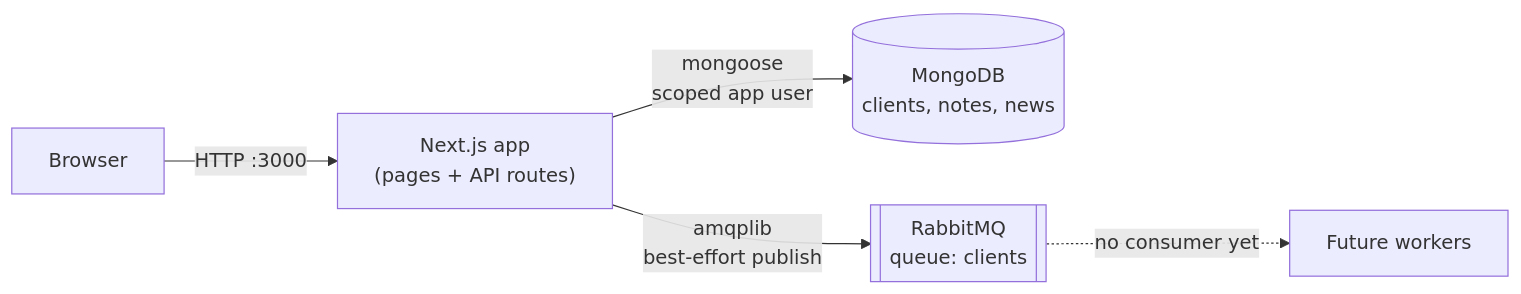
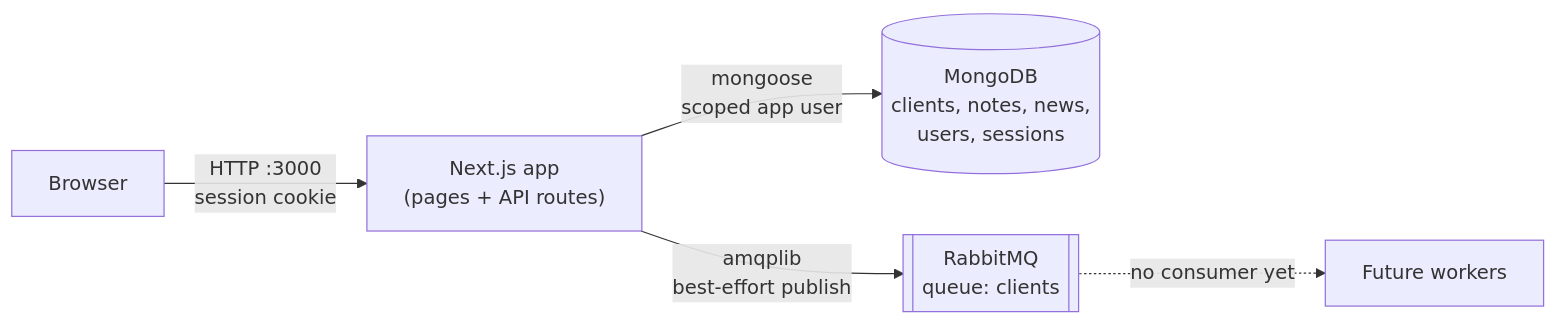
One commit to Gitt-Fred/final-code2 changed the first of 2 diagrams in README.md. Above: the diagram before and after it, drawn with Mermaid. The commit also changed other lines of this file and 1 other file, not shown here.

````diff
--- a/README.md
+++ b/README.md
@@ -47,7 +50,7 @@
 ```mermaid
 flowchart LR
-    Browser["Browser"] -->|"HTTP :3000"| App["Next.js app<br/>(pages + API routes)"]
-    App -->|"mongoose<br/>scoped app user"| Mongo[("MongoDB<br/>clients, notes, news")]
+    Browser["Browser"] -->|"HTTP :3000<br/>session cookie"| App["Next.js app<br/>(pages + API routes)"]
+    App -->|"mongoose<br/>scoped app user"| Mongo[("MongoDB<br/>clients, notes, news,<br/>users, sessions")]
     App -->|"amqplib<br/>best-effort publish"| Rabbit[["RabbitMQ<br/>queue: clients"]]
     Rabbit -.->|"no consumer yet"| Future["Future workers"]
 ```
````
